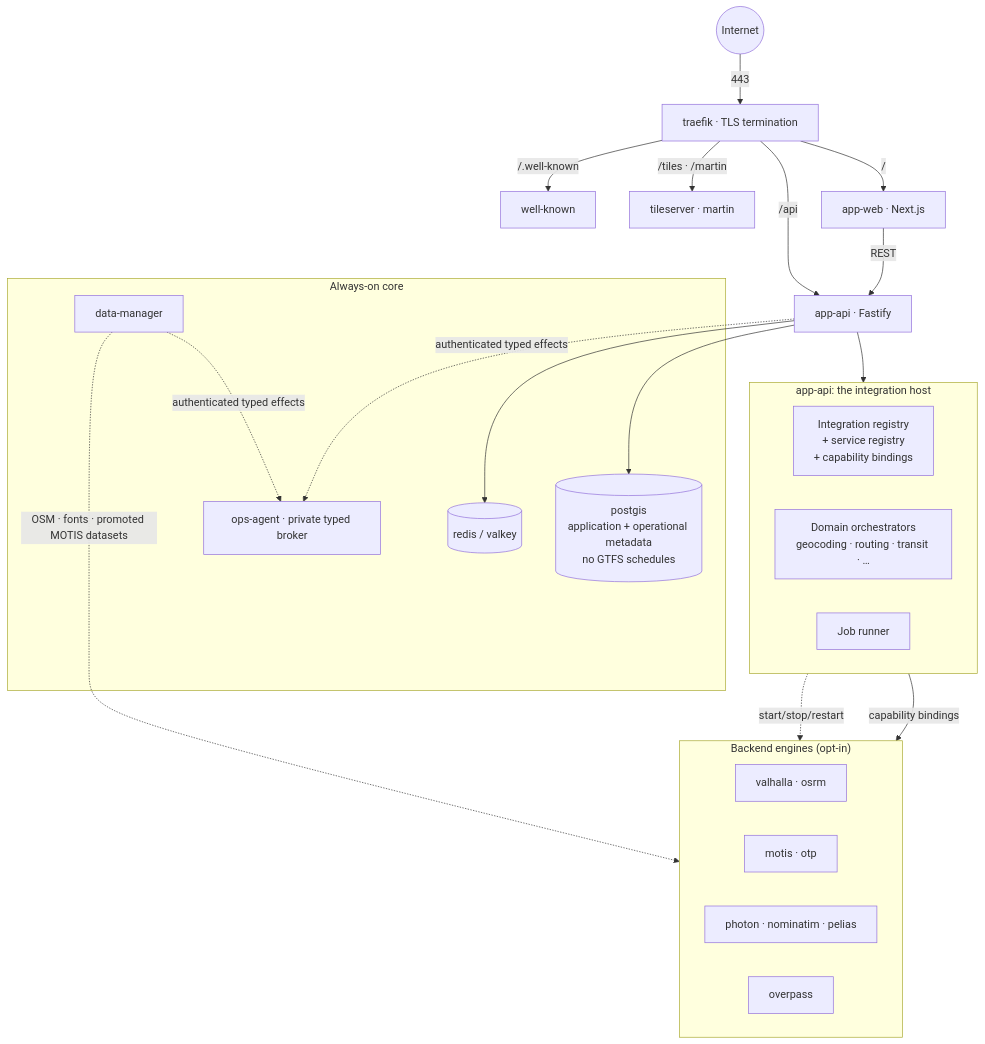
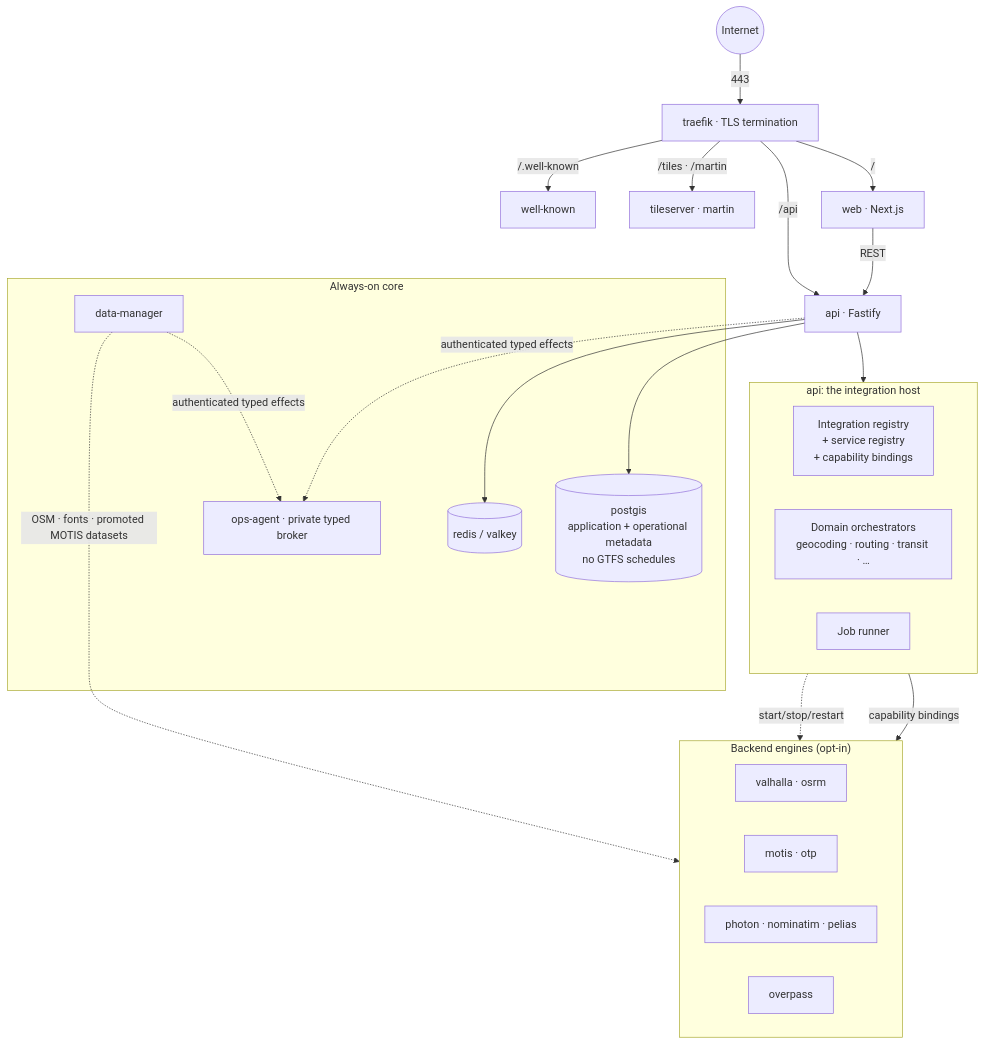
Before and after one commit to OpenMapX/openmapx: the first of 4 diagrams in docs/docs/developer/architecture.md, drawn with Mermaid. The commit also changed other lines of this file and 322 other files, not shown here.

First line of the commit message:
refactor!: name services api and web, give every service a unique internal address and ship one transit toolchain (#1064)

````diff
--- a/docs/docs/developer/architecture.md
+++ b/docs/docs/developer/architecture.md
@@ -128,44 +129,44 @@
 ```mermaid
 graph TD
     accTitle: Runtime topology
     accDescr: Traefik routes requests to application services. The API uses integration registries, domain orchestrators, local engines and infrastructure; typed operations isolate host authority in the ops-agent.
     Internet((Internet)) -->|443| Traefik["traefik · TLS termination"]
 
-    Traefik -->|/| Web["app-web · Next.js"]
-    Traefik -->|/api| API["app-api · Fastify"]
+    Traefik -->|/| Web["web · Next.js"]
+    Traefik -->|/api| API["api · Fastify"]
     Traefik -->|/tiles · /martin| Tiles["tileserver · martin"]
     Traefik -->|/.well-known| WK["well-known"]
 
     Web -->|REST| API
 
-    subgraph Host["app-api: the integration host"]
+    subgraph Host["api: the integration host"]
       direction LR
       IH["Integration registry<br/>+ service registry<br/>+ capability bindings"]
       Orc["Domain orchestrators<br/>geocoding · routing · transit · …"]
       Jobs["Job runner"]
     end
 
     API --> Host
 
     Orc -->|capability bindings| Engines
     subgraph Engines["Backend engines (opt-in)"]
       Routing["valhalla · osrm"]
       Transit["motis · otp"]
       Geocoding["photon · nominatim · pelias"]
       Queries["overpass"]
     end
 
     subgraph Infra["Always-on core"]
       PG[("postgis<br/>application + operational metadata<br/>no GTFS schedules")]
       Cache[("redis / valkey")]
       DM["data-manager"]
       Ops["ops-agent · private typed broker"]
     end
 
     API --> PG
     API --> Cache
     API -.->|authenticated typed effects| Ops
     DM -.->|authenticated typed effects| Ops
     Jobs -.->|start/stop/restart| Engines
     DM -.->|OSM · fonts · promoted MOTIS datasets| Engines
 ```
````
